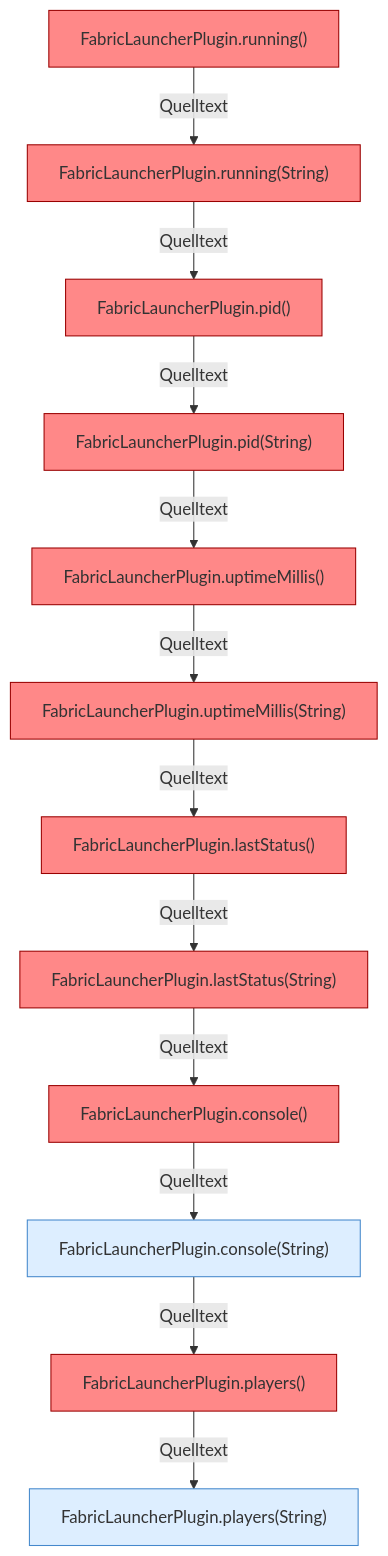
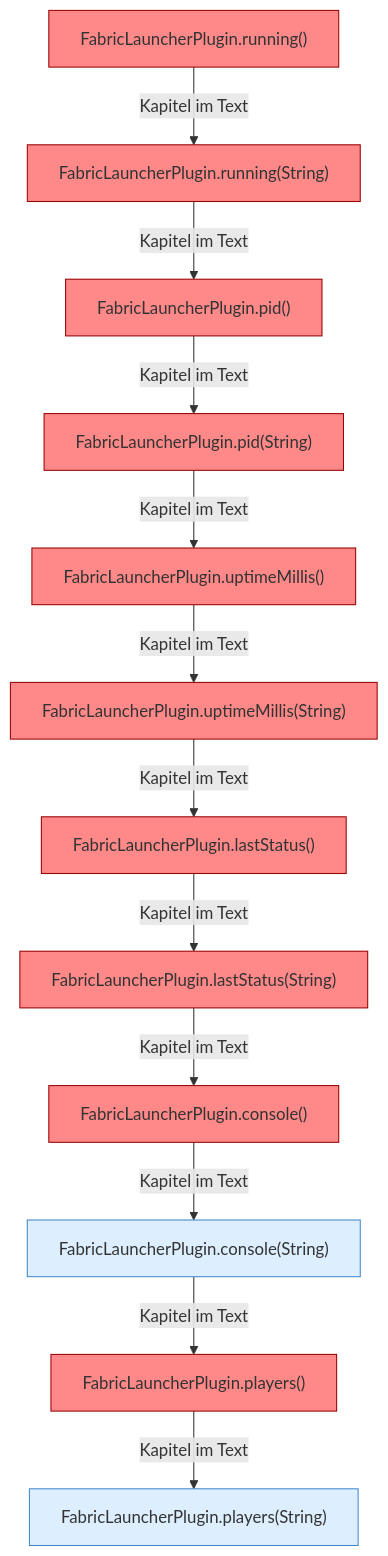
One commit to PrinceDiamant/minecraft-serverhoster-plugin changed the diagram in Slot-Status.md. Above: the diagram before and after it, drawn with Mermaid. The commit also changed other lines of this file and 2005 other files, not shown here.

````diff
--- a/Slot-Status.md
+++ b/Slot-Status.md
@@ -5,38 +5,38 @@
 ```mermaid
 flowchart TD
   n1["FabricLauncherPlugin.running()"]:::internal-link
   n2["FabricLauncherPlugin.running(String)"]:::internal-link
   n3["FabricLauncherPlugin.pid()"]:::internal-link
   n4["FabricLauncherPlugin.pid(String)"]:::internal-link
   n5["FabricLauncherPlugin.uptimeMillis()"]:::internal-link
   n6["FabricLauncherPlugin.uptimeMillis(String)"]:::internal-link
   n7["FabricLauncherPlugin.lastStatus()"]:::internal-link
   n8["FabricLauncherPlugin.lastStatus(String)"]:::internal-link
   n9["FabricLauncherPlugin.console()"]:::internal-link
   n10["FabricLauncherPlugin.console(String)"]:::internal-link
   n11["FabricLauncherPlugin.players()"]:::internal-link
   n12["FabricLauncherPlugin.players(String)"]:::internal-link
-  n1 -->|"Quelltext"| n2
-  n2 -->|"Quelltext"| n3
-  n3 -->|"Quelltext"| n4
-  n4 -->|"Quelltext"| n5
-  n5 -->|"Quelltext"| n6
-  n6 -->|"Quelltext"| n7
-  n7 -->|"Quelltext"| n8
-  n8 -->|"Quelltext"| n9
-  n9 -->|"Quelltext"| n10
-  n10 -->|"Quelltext"| n11
-  n11 -->|"Quelltext"| n12
+  n1 -->|"Kapitel im Text"| n2
+  n2 -->|"Kapitel im Text"| n3
+  n3 -->|"Kapitel im Text"| n4
+  n4 -->|"Kapitel im Text"| n5
+  n5 -->|"Kapitel im Text"| n6
+  n6 -->|"Kapitel im Text"| n7
+  n7 -->|"Kapitel im Text"| n8
+  n8 -->|"Kapitel im Text"| n9
+  n9 -->|"Kapitel im Text"| n10
+  n10 -->|"Kapitel im Text"| n11
+  n11 -->|"Kapitel im Text"| n12
   classDef internal-link fill:#ddeeff,stroke:#4488cc
   classDef befund fill:#f88
   style n1 fill:#f88,stroke:#900
   style n2 fill:#f88,stroke:#900
   style n3 fill:#f88,stroke:#900
   style n4 fill:#f88,stroke:#900
   style n5 fill:#f88,stroke:#900
   style n6 fill:#f88,stroke:#900
   style n7 fill:#f88,stroke:#900
   style n8 fill:#f88,stroke:#900
   style n9 fill:#f88,stroke:#900
   style n11 fill:#f88,stroke:#900
 ```
````
